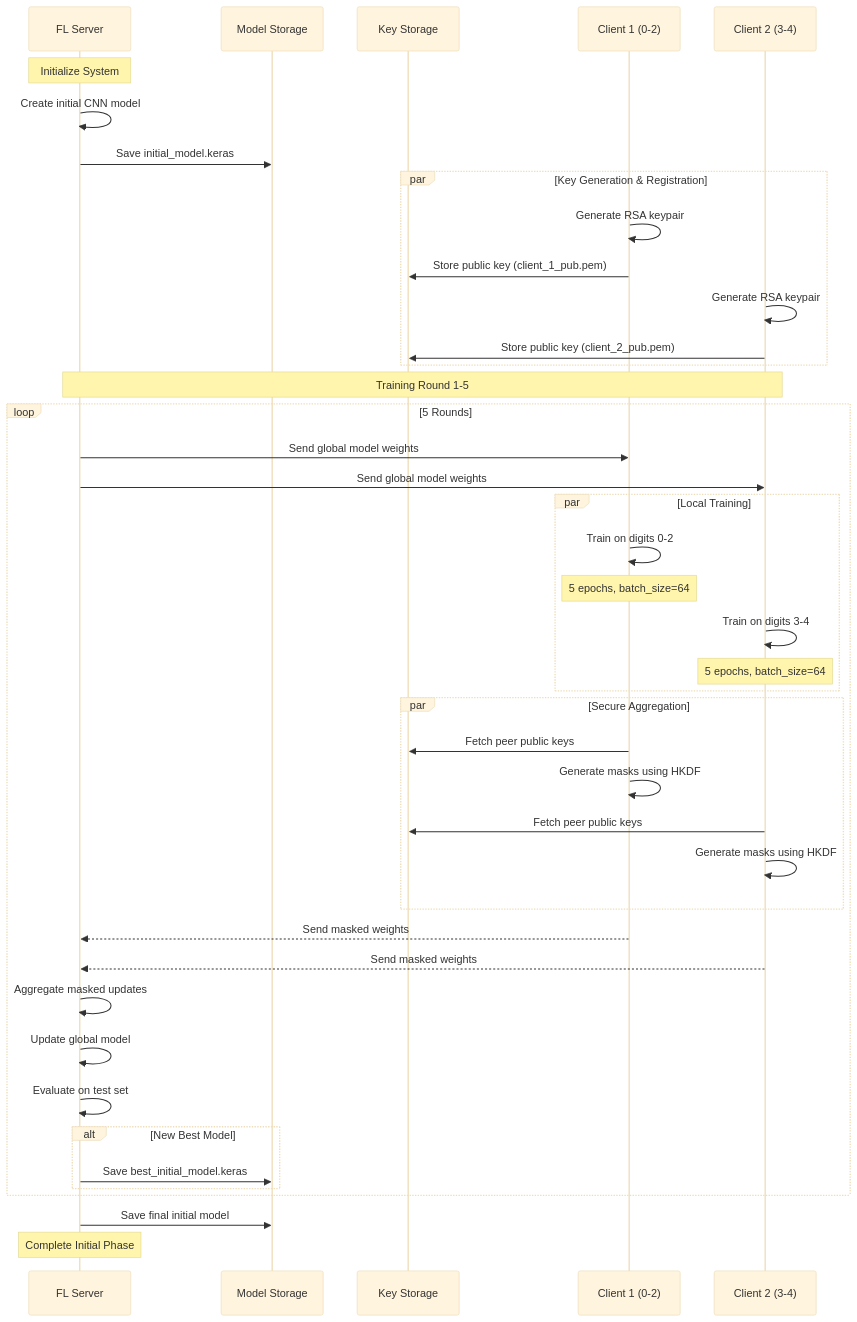
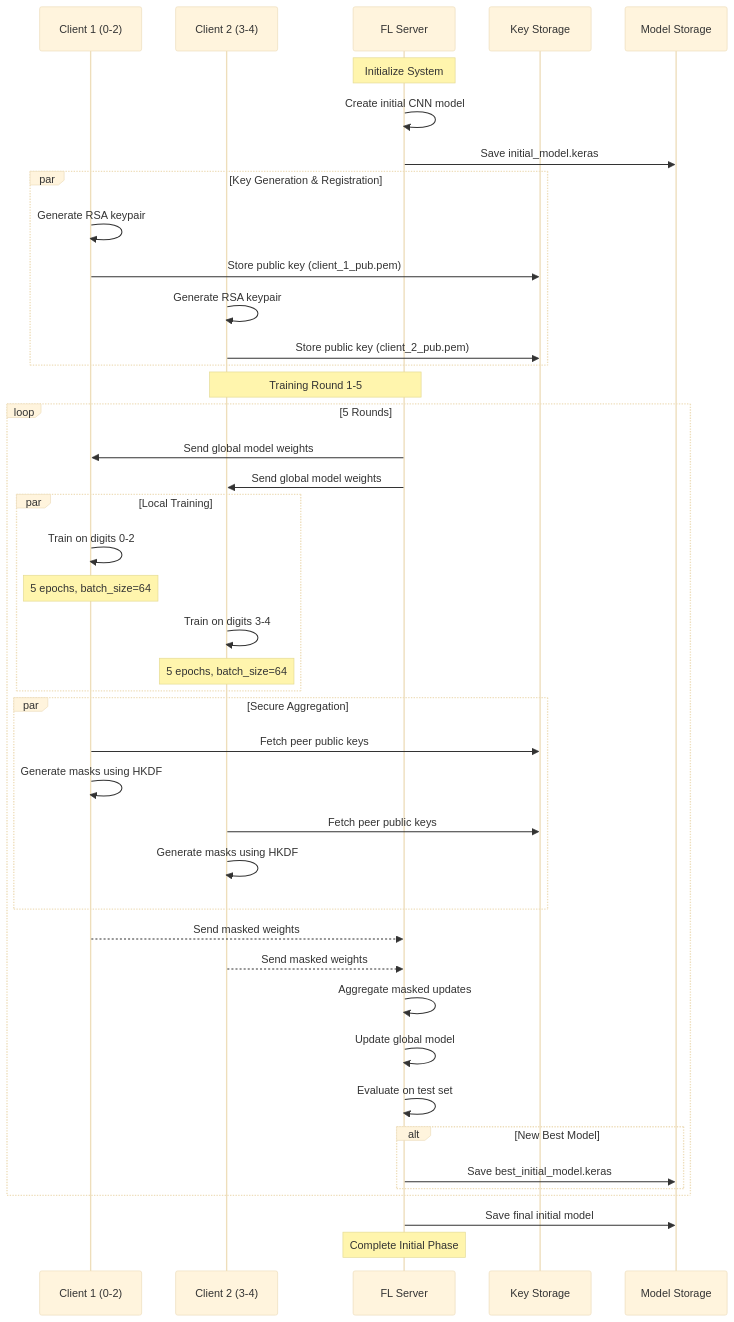
The diagram in INITIAL_PHASE.md (tranlybuu/Federated-Learning), drawn with Mermaid (base theme) before and after one commit.

````diff
--- a/INITIAL_PHASE.md
+++ b/INITIAL_PHASE.md
@@ -1,53 +1,52 @@
 ```mermaid
 sequenceDiagram
-    participant S as FL Server
-    participant MS as Model Storage
-    participant KS as Key Storage
     participant C1 as Client 1 (0-2)
     participant C2 as Client 2 (3-4)
-
+    participant S as FL Server
+    participant KS as Key Storage
+    participant MS as Model Storage
 
     Note over S: Initialize System
     S->>S: Create initial CNN model
     S->>MS: Save initial_model.keras
     
     par Key Generation & Registration
         C1->>C1: Generate RSA keypair
         C1->>KS: Store public key (client_1_pub.pem)
         C2->>C2: Generate RSA keypair
         C2->>KS: Store public key (client_2_pub.pem)
     end
 
     Note over S,C2: Training Round 1-5
     loop 5 Rounds
         S->>C1: Send global model weights
         S->>C2: Send global model weights
         
         par Local Training
             C1->>C1: Train on digits 0-2
             Note over C1: 5 epochs, batch_size=64
             C2->>C2: Train on digits 3-4 
             Note over C2: 5 epochs, batch_size=64
         end
 
         par Secure Aggregation
             C1->>KS: Fetch peer public keys
             C1->>C1: Generate masks using HKDF
             C2->>KS: Fetch peer public keys
             C2->>C2: Generate masks using HKDF
         end
 
         C1-->>S: Send masked weights
         C2-->>S: Send masked weights
 
         S->>S: Aggregate masked updates
         S->>S: Update global model
         S->>S: Evaluate on test set
         alt New Best Model
             S->>MS: Save best_initial_model.keras
         end
     end
 
     S->>MS: Save final initial model
     Note over S: Complete Initial Phase
 ```
````
